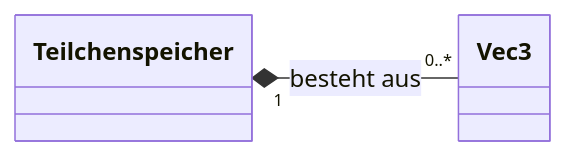
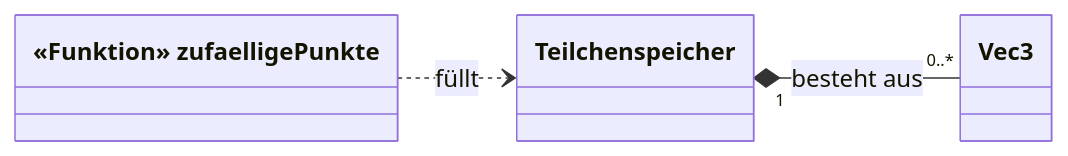
Before and after one commit to Sang-TN/galaxy-collision: the first of 3 diagrams in docs/uml.md, drawn with Mermaid. The commit also changed other lines of this file and 6 other files, not shown here.

````diff
--- a/docs/uml.md
+++ b/docs/uml.md
@@ -11,7 +11,9 @@
 ```mermaid
 classDiagram
     direction LR
     class Vec3
     class Teilchenspeicher
     Teilchenspeicher "1" *-- "0..*" Vec3 : besteht aus
+    class zufall_hpp["«Funktion» zufaelligePunkte"]
+    zufall_hpp ..> Teilchenspeicher : füllt
 ```
````
